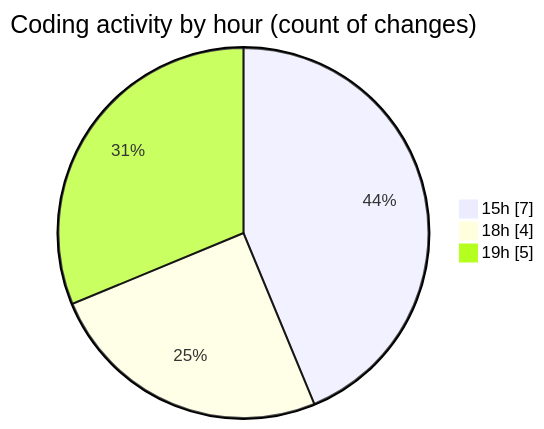
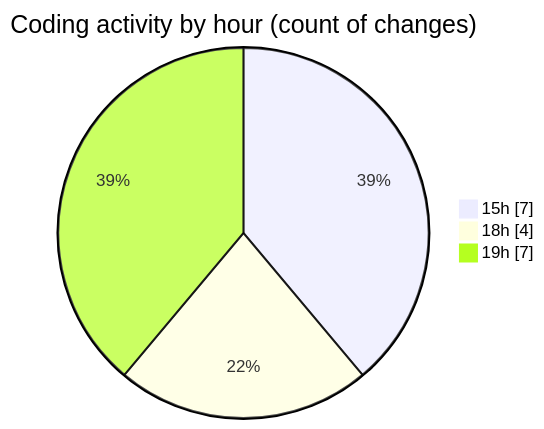
One commit to donsfak/code-tracking changed the second of 2 diagrams in 2025-02-08/maps_clone/README.md. Above: the diagram before and after it, drawn with Mermaid. The commit also changed other lines of this file and 1 other file, not shown here.

````diff
--- a/2025-02-08/maps_clone/README.md
+++ b/2025-02-08/maps_clone/README.md
@@ -30,7 +30,7 @@
 ```mermaid
 pie showData
 title Coding activity by hour (count of changes)
 "15h" : 7
 "18h" : 4
-"19h" : 5
+"19h" : 7
 ```
````
